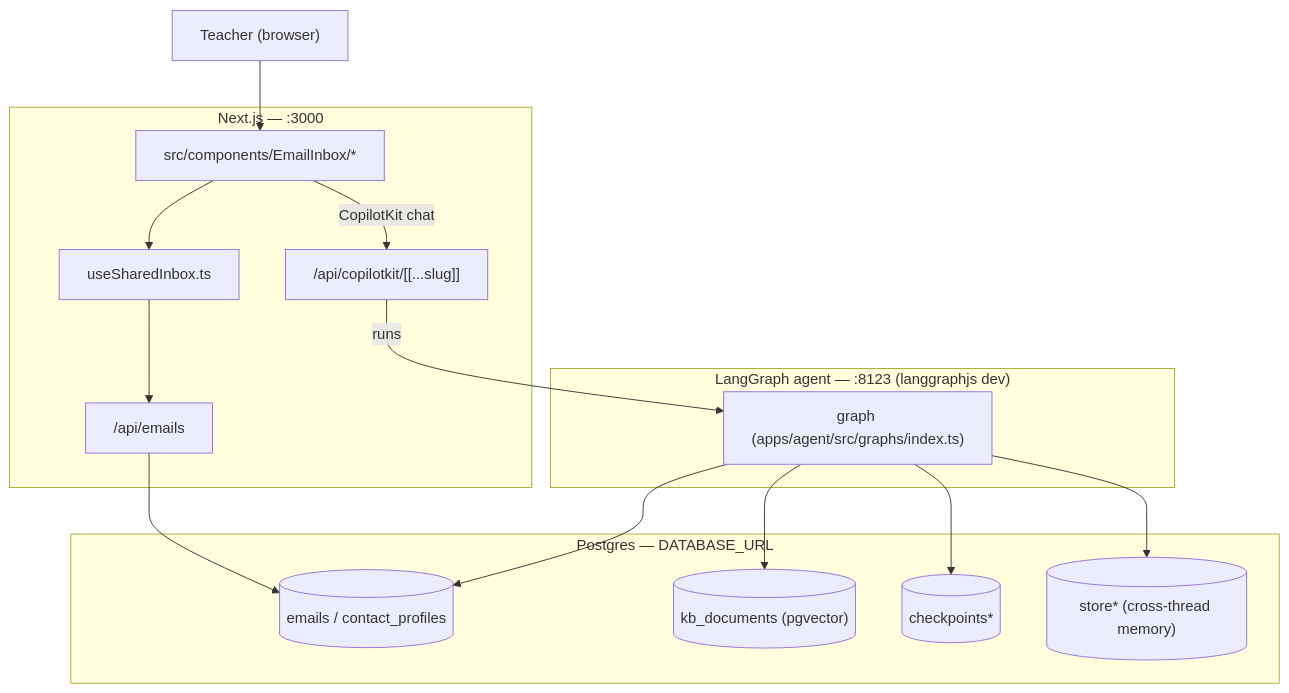
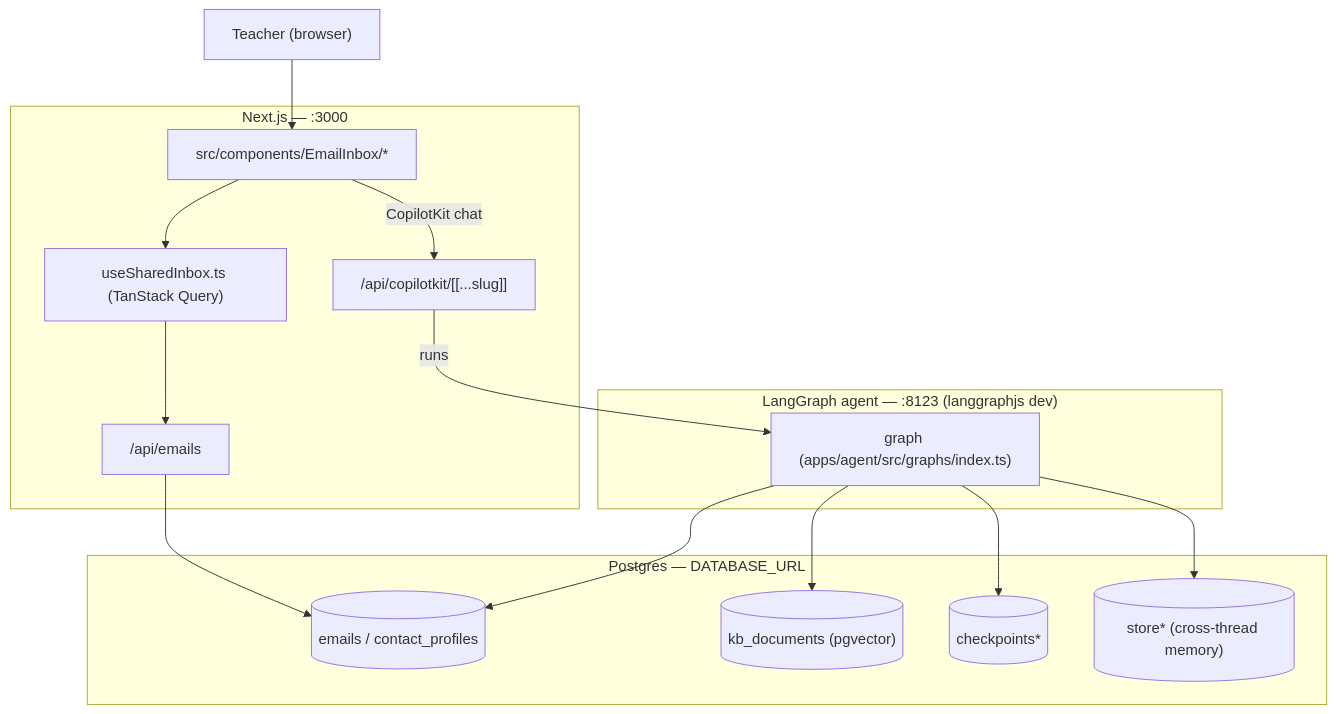
Before and after one commit to myle-agilityio/langchain-training: the first of 5 diagrams in practice-new-version/docs/ARCHITECTURE.md, drawn with Mermaid. The commit also changed 22 other files, not shown here.

````diff
--- a/practice-new-version/docs/ARCHITECTURE.md
+++ b/practice-new-version/docs/ARCHITECTURE.md
@@ -8,34 +8,34 @@
 ```mermaid
 graph TD
     User["Teacher (browser)"]
 
     subgraph Frontend["Next.js — :3000"]
         UI["src/components/EmailInbox/*"]
-        Hook["useSharedInbox.ts"]
+        Hook["useSharedInbox.ts (TanStack Query)"]
         EmailsAPI["/api/emails"]
         CopilotRoute["/api/copilotkit/[[...slug]]"]
     end
 
     subgraph AgentServer["LangGraph agent — :8123 (langgraphjs dev)"]
         Graph["graph (apps/agent/src/graphs/index.ts)"]
     end
 
     subgraph Postgres["Postgres — DATABASE_URL"]
         EmailsTbl[("emails / contact_profiles")]
         KB[("kb_documents (pgvector)")]
         Checkpoints[("checkpoints*")]
         Store[("store* (cross-thread memory)")]
     end
 
     User --> UI
     UI --> Hook
     Hook --> EmailsAPI
     EmailsAPI --> EmailsTbl
     UI -- "CopilotKit chat" --> CopilotRoute
     CopilotRoute -- "runs" --> Graph
 
     Graph --> EmailsTbl
     Graph --> KB
     Graph --> Checkpoints
     Graph --> Store
 ```
````
